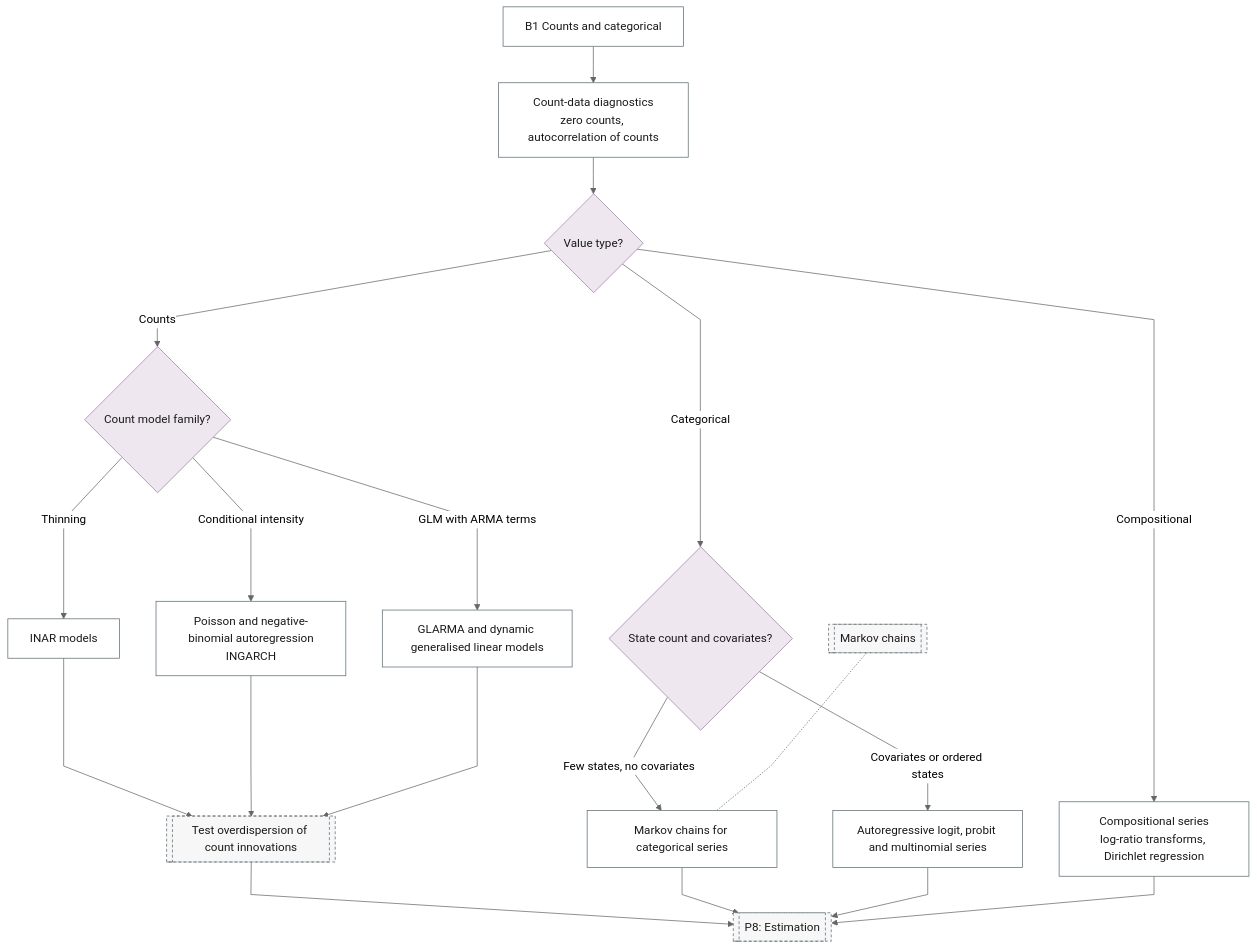
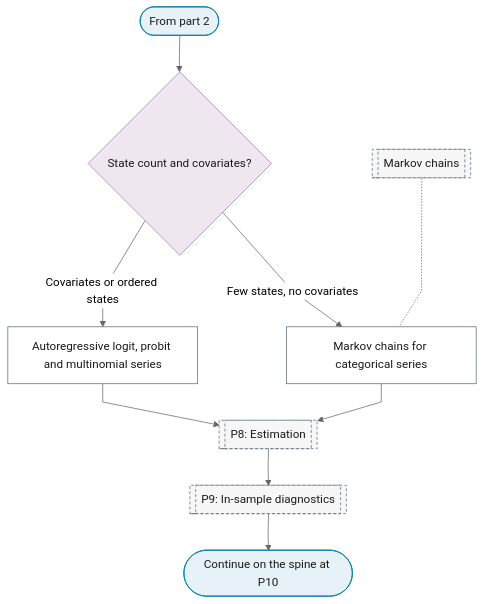
Before and after one commit to Shuxin-Y/time-series-analysis-manual: the fifth of 5 diagrams in docs/reference/16-count-categorical/index.md, drawn with Mermaid (neutral theme). The commit also changed other lines of this file and 8 other files, not shown here.

````diff
--- a/docs/reference/16-count-categorical/index.md
+++ b/docs/reference/16-count-categorical/index.md
@@ -7,29 +112,23 @@
 ```mermaid
 %%{init: {"flowchart": {"curve": "linear"}}}%%
 graph TD
-    B1["B1 Counts and categorical"] --> B1_COUNT_EDA["Count-data diagnostics<br/>zero counts, autocorrelation of counts"]
-    B1_COUNT_EDA --> B1_VALUE{"Value type?"}
-    B1_VALUE -->|"Counts"| B1_COUNT_FAMILY{"Count model family?"}
-    B1_VALUE -->|"Categorical"| B1_CATEGORICAL_Q{"State count and covariates?"}
+    B1_PART_5_IN(["From part 2"]) --> B1_CATEGORICAL_Q{"State count and covariates?"}
     B1_CATEGORICAL_Q -->|"Few states, no covariates"| B1_MARKOV_CHAIN["Markov chains for categorical series"]
     B1_CATEGORICAL_Q -->|"Covariates or ordered states"| B1_AR_LOGIT["Autoregressive logit, probit and multinomial series"]
-    B1_VALUE -->|"Compositional"| B1_COMPOSITIONAL["Compositional series<br/>log-ratio transforms, Dirichlet regression"]
-    B1_COUNT_FAMILY -->|"Thinning"| B1_INAR["INAR models"]
-    B1_COUNT_FAMILY -->|"Conditional intensity"| B1_POISSON_AR["Poisson and negative-binomial autoregression<br/>INGARCH"]
-    B1_COUNT_FAMILY -->|"GLM with ARMA terms"| B1_GLARMA["GLARMA and dynamic generalised linear models"]
-    B1_INAR & B1_POISSON_AR & B1_GLARMA --> P7_COUNT_TESTS[["Test overdispersion of count innovations"]]
-    P7_COUNT_TESTS --> P8[["P8: Estimation"]]
-    B1_MARKOV_CHAIN & B1_AR_LOGIT & B1_COMPOSITIONAL --> P8
+    B1_MARKOV_CHAIN & B1_AR_LOGIT --> P8[["P8: Estimation"]]
+    P8 --> P9[["P9: In-sample diagnostics"]]
+    P9 --> B1_PART_5_OUT(["Continue on the spine at P10"])
     F_MARKOV[["Markov chains"]] -.- B1_MARKOV_CHAIN
-    class B1_VALUE,B1_COUNT_FAMILY,B1_CATEGORICAL_Q decision
-    class B1,B1_COUNT_EDA,B1_MARKOV_CHAIN,B1_AR_LOGIT,B1_COMPOSITIONAL,B1_INAR,B1_POISSON_AR,B1_GLARMA process
-    class P7_COUNT_TESTS,P8,F_MARKOV ref
+    class B1_PART_5_IN,B1_PART_5_OUT terminator
+    class B1_CATEGORICAL_Q decision
+    class B1_MARKOV_CHAIN,B1_AR_LOGIT process
+    class P8,P9,F_MARKOV ref
     classDef terminator fill:#E6F2F7,stroke:#007BA7,color:#1A1A1A;
     classDef process fill:#FFFFFF,stroke:#5A6B73,color:#1A1A1A;
     classDef decision fill:#EFE7F0,stroke:#9B7FA7,color:#1A1A1A;
     classDef data fill:#FFF4E0,stroke:#C9A55E,color:#1A1A1A;
     classDef good fill:#DCEFD8,stroke:#4A7A3F,color:#1A1A1A;
     classDef escalate fill:#FFE9C2,stroke:#C9A55E,color:#1A1A1A;
     classDef problem fill:#F2D9DE,stroke:#800020,color:#1A1A1A;
     classDef ref fill:#F7F7F7,stroke:#5A6B73,color:#1A1A1A,stroke-dasharray:4 3;
 ```
````
